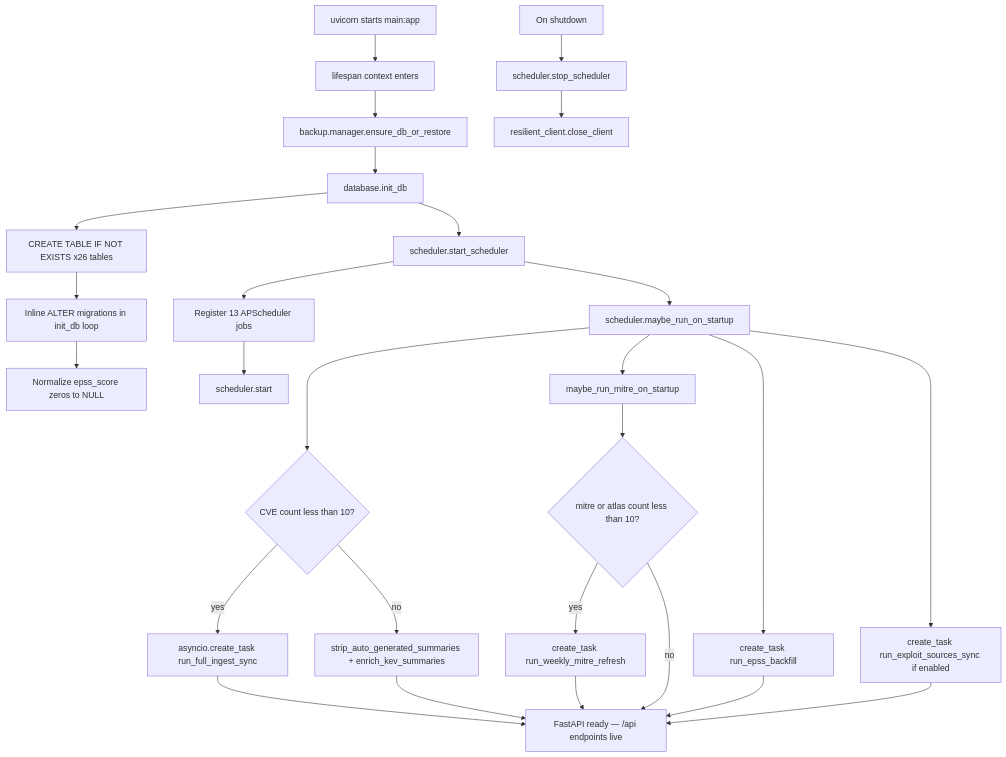
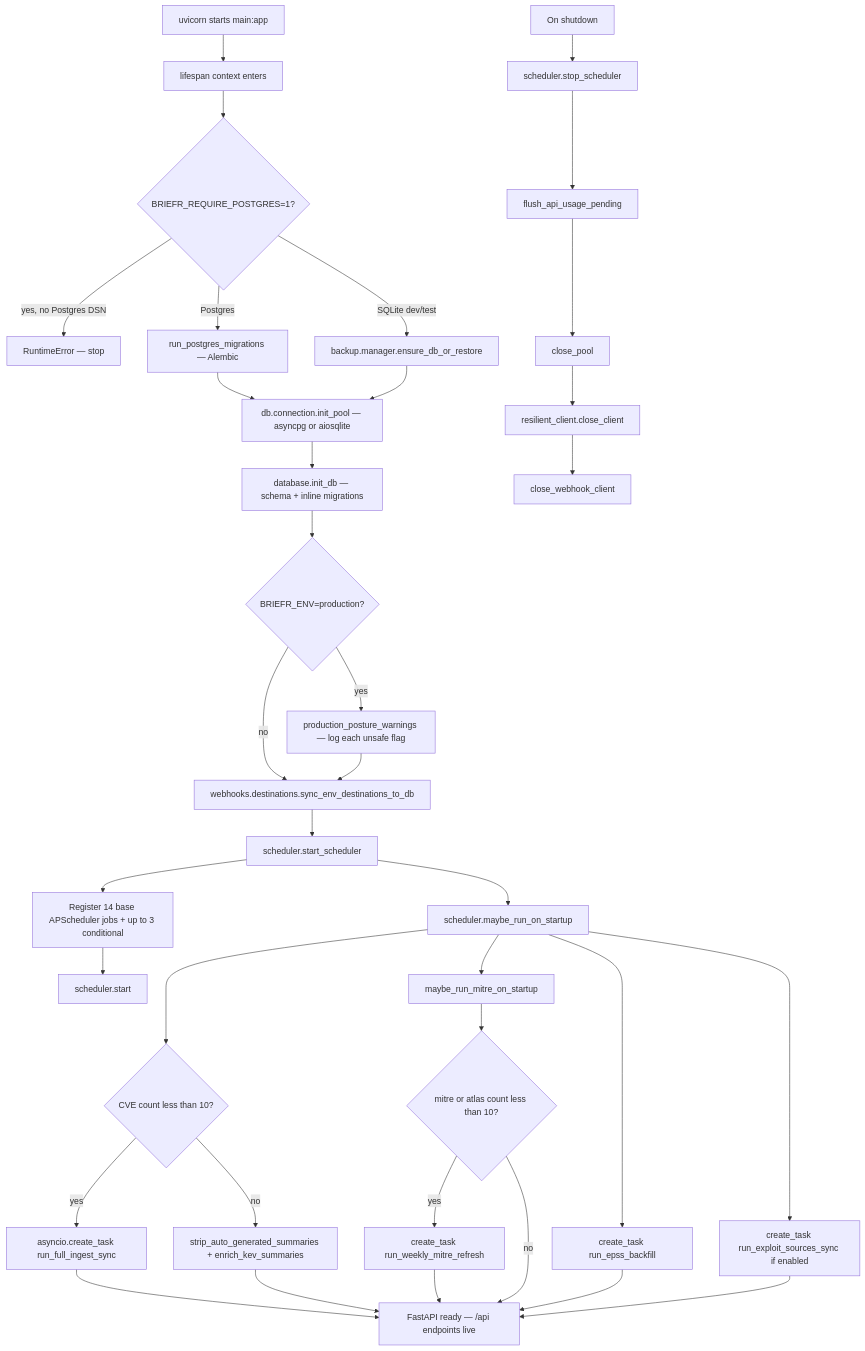
The diagram in docs/diagrams/startup.mermaid (Soldier0x0/briefr), drawn with Mermaid before and after one commit. The commit also changed 11 other files, not shown here.

First line of the commit message:
docs: refresh Mermaid architecture diagrams for current production state (#268)

```diff
--- a/docs/diagrams/startup.mermaid
+++ b/docs/diagrams/startup.mermaid
@@ -1,27 +1,37 @@
 flowchart TD
   A[uvicorn starts main:app] --> B[lifespan context enters]
-  B --> C[backup.manager.ensure_db_or_restore]
-  C --> D[database.init_db]
-  D --> D1[CREATE TABLE IF NOT EXISTS x26 tables]
-  D1 --> D2[Inline ALTER migrations in init_db loop]
-  D2 --> D3[Normalize epss_score zeros to NULL]
-  D --> E[scheduler.start_scheduler]
-  E --> E1[Register 13 APScheduler jobs]
-  E1 --> E2[scheduler.start]
-  E --> F[scheduler.maybe_run_on_startup]
-  F --> F1{CVE count less than 10?}
-  F1 -->|yes| F2[asyncio.create_task run_full_ingest_sync]
-  F1 -->|no| F3[strip_auto_generated_summaries + enrich_kev_summaries]
-  F --> G[maybe_run_mitre_on_startup]
-  G --> G1{mitre or atlas count less than 10?}
-  G1 -->|yes| G2[create_task run_weekly_mitre_refresh]
-  F --> H[create_task run_epss_backfill]
-  F --> I[create_task run_exploit_sources_sync if enabled]
-  G2 --> J[FastAPI ready — /api endpoints live]
-  F2 --> J
-  F3 --> J
-  G1 -->|no| J
-  H --> J
-  I --> J
-  K[On shutdown] --> K1[scheduler.stop_scheduler]
-  K1 --> K2[resilient_client.close_client]
+  B --> C{BRIEFR_REQUIRE_POSTGRES=1?}
+  C -->|yes, no Postgres DSN| C_FAIL[RuntimeError — stop]
+  C -->|Postgres| D1[run_postgres_migrations — Alembic]
+  C -->|SQLite dev/test| D2[backup.manager.ensure_db_or_restore]
+  D1 --> E[db.connection.init_pool — asyncpg or aiosqlite]
+  D2 --> E
+  E --> F[database.init_db — schema + inline migrations]
+  F --> G{BRIEFR_ENV=production?}
+  G -->|yes| G1[production_posture_warnings — log each unsafe flag]
+  G -->|no| H
+  G1 --> H[webhooks.destinations.sync_env_destinations_to_db]
+  H --> I[scheduler.start_scheduler]
+  I --> I1[Register 14 base APScheduler jobs + up to 3 conditional]
+  I1 --> I2[scheduler.start]
+  I --> J[scheduler.maybe_run_on_startup]
+  J --> J1{CVE count less than 10?}
+  J1 -->|yes| J2[asyncio.create_task run_full_ingest_sync]
+  J1 -->|no| J3[strip_auto_generated_summaries + enrich_kev_summaries]
+  J --> K[maybe_run_mitre_on_startup]
+  K --> K1{mitre or atlas count less than 10?}
+  K1 -->|yes| K2[create_task run_weekly_mitre_refresh]
+  J --> L[create_task run_epss_backfill]
+  J --> M[create_task run_exploit_sources_sync if enabled]
+  J2 --> N[FastAPI ready — /api endpoints live]
+  J3 --> N
+  K2 --> N
+  K1 -->|no| N
+  L --> N
+  M --> N
+
+  O[On shutdown] --> O1[scheduler.stop_scheduler]
+  O1 --> O2[flush_api_usage_pending]
+  O2 --> O3[close_pool]
+  O3 --> O4[resilient_client.close_client]
+  O4 --> O5[close_webhook_client]
```
